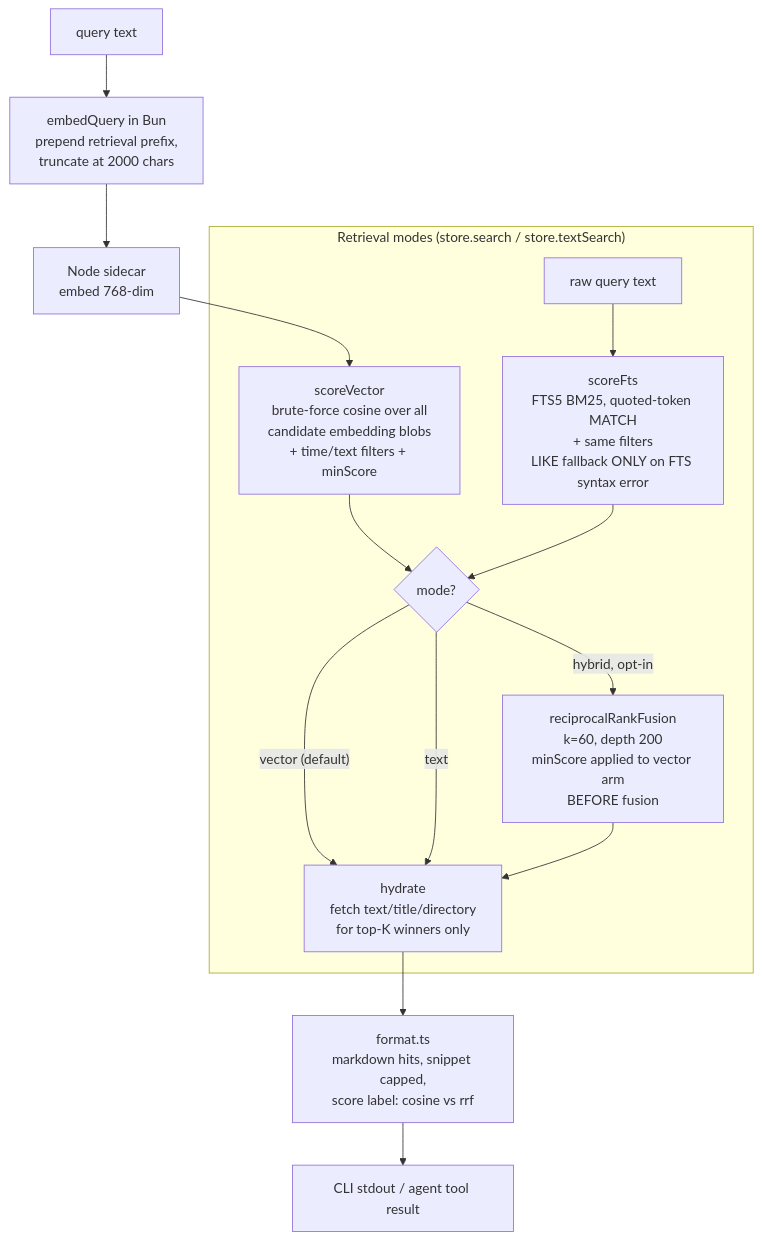
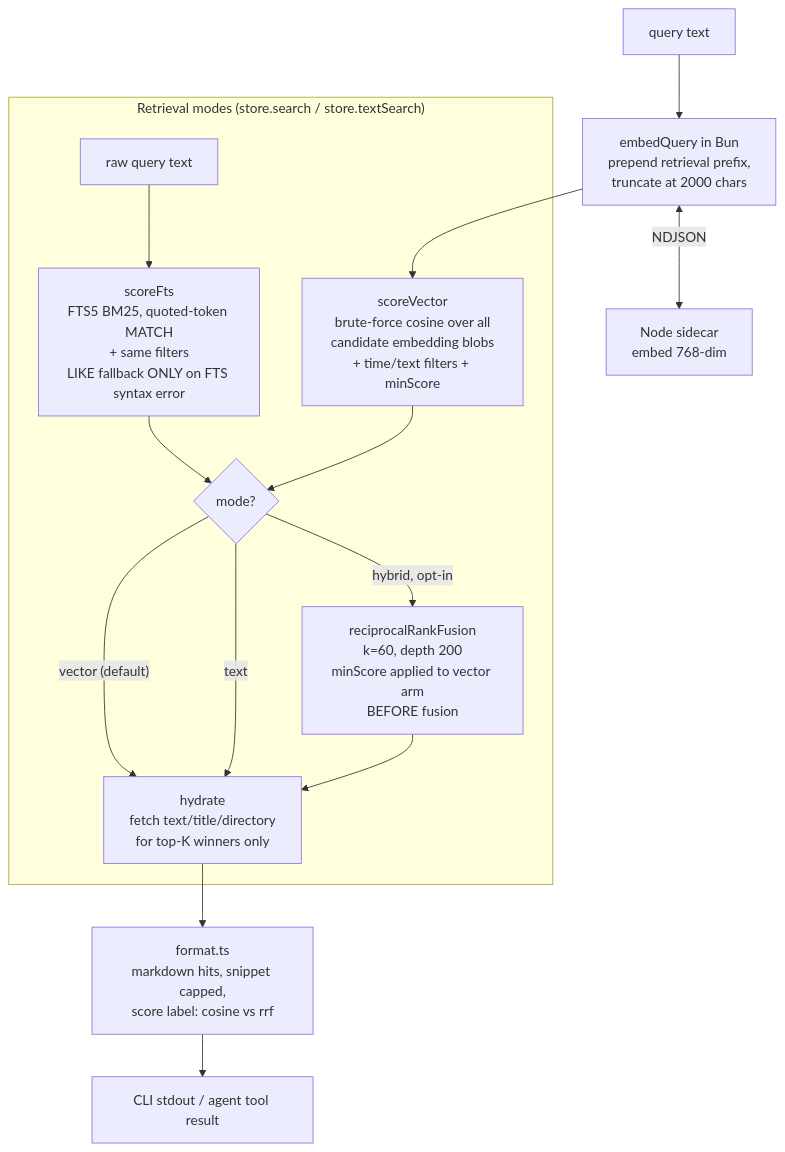
One commit to robertn702/opencode-episodic-memory changed the third of 3 diagrams in ARCHITECTURE.md. Above: the diagram before and after it, drawn with Mermaid. The commit also changed other lines of this file and 8 other files, not shown here.

````diff
--- a/ARCHITECTURE.md
+++ b/ARCHITECTURE.md
@@ -203,19 +205,19 @@
 ```mermaid
 flowchart TB
     Q[query text] --> EQ["embedQuery in Bun<br/>prepend retrieval prefix,<br/>truncate at 2000 chars"]
-    EQ --> N["Node sidecar<br/>embed 768-dim"]
-    N --> V["scoreVector<br/>brute-force cosine over all<br/>candidate embedding blobs<br/>+ time/text filters + minScore"]
+    EQ <-->|NDJSON| N["Node sidecar<br/>embed 768-dim"]
+    EQ --> V["scoreVector<br/>brute-force cosine over all<br/>candidate embedding blobs<br/>+ time/text filters + minScore"]
 
     subgraph Modes["Retrieval modes (store.search / store.textSearch)"]
         V --> D{mode?}
         D -->|"vector (default)"| H
         QT[raw query text] --> F["scoreFts<br/>FTS5 BM25, quoted-token MATCH<br/>+ same filters<br/>LIKE fallback ONLY on FTS syntax error"]
         F --> D
         D -->|text| H
         D -->|"hybrid, opt-in"| RRF["reciprocalRankFusion<br/>k=60, depth 200<br/>minScore applied to vector arm<br/>BEFORE fusion"]
         RRF --> H
     end
 
     H["hydrate<br/>fetch text/title/directory<br/>for top-K winners only"] --> FMT["format.ts<br/>markdown hits, snippet capped,<br/>score label: cosine vs rrf"]
     FMT --> OUT[CLI stdout / agent tool result]
 ```
````
